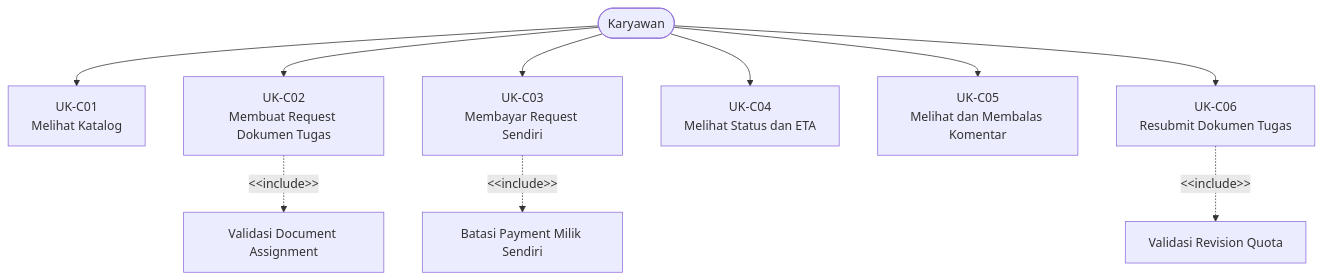
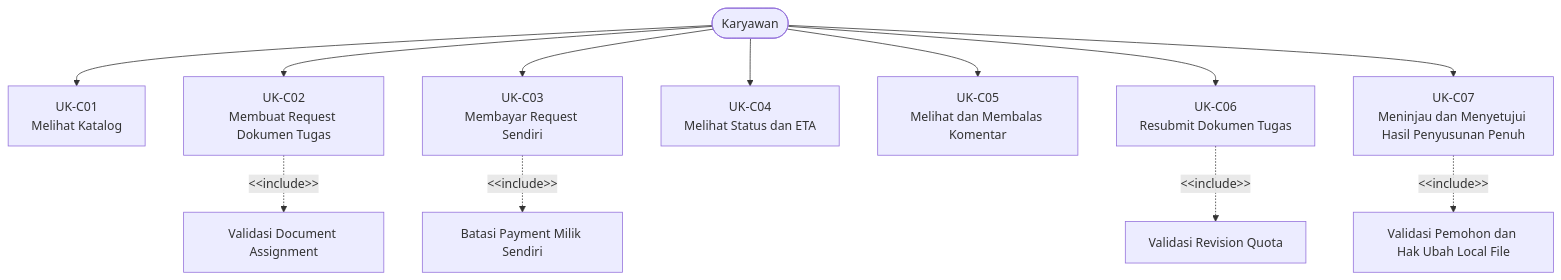
The second of 2 diagrams in 02-With-Consultant/02-Use-Case/Employee.md (dayatmuc/tp-docs-documentation), drawn with Mermaid before and after one commit. The commit also changed other lines of this file and 27 other files, not shown here.

````diff
--- a/02-With-Consultant/02-Use-Case/Employee.md
+++ b/02-With-Consultant/02-Use-Case/Employee.md
@@ -88,12 +88,14 @@
 ```mermaid
 flowchart TB
     EMP([Karyawan]) --> K01["UK-C01<br/>Melihat Katalog"]
     EMP --> K02["UK-C02<br/>Membuat Request Dokumen Tugas"]
     EMP --> K03["UK-C03<br/>Membayar Request Sendiri"]
     EMP --> K04["UK-C04<br/>Melihat Status dan ETA"]
     EMP --> K05["UK-C05<br/>Melihat dan Membalas Komentar"]
     EMP --> K06["UK-C06<br/>Resubmit Dokumen Tugas"]
+    EMP --> K07["UK-C07<br/>Meninjau dan Menyetujui Hasil Penyusunan Penuh"]
     K02 -. "&lt;&lt;include&gt;&gt;" .-> ASSIGN["Validasi Document Assignment"]
     K03 -. "&lt;&lt;include&gt;&gt;" .-> OWN["Batasi Payment Milik Sendiri"]
     K06 -. "&lt;&lt;include&gt;&gt;" .-> QUOTA["Validasi Revision Quota"]
+    K07 -. "&lt;&lt;include&gt;&gt;" .-> EDIT["Validasi Pemohon dan Hak Ubah Local File"]
 ```
````
